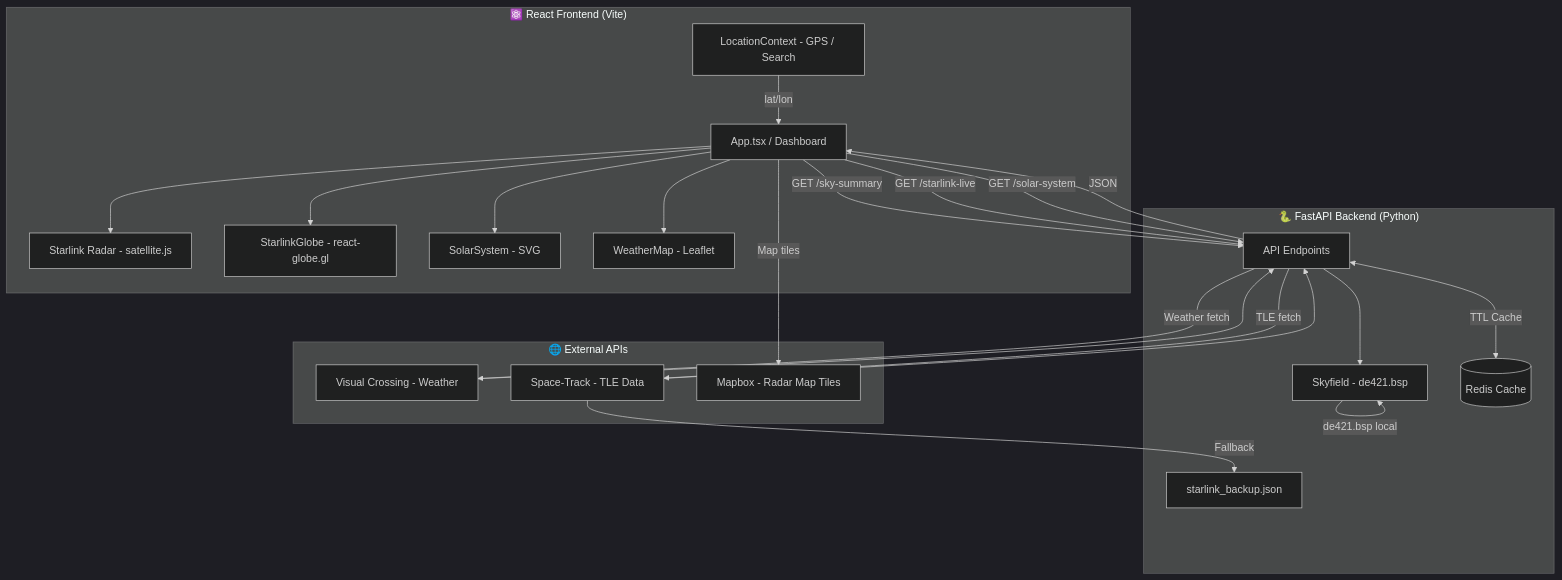
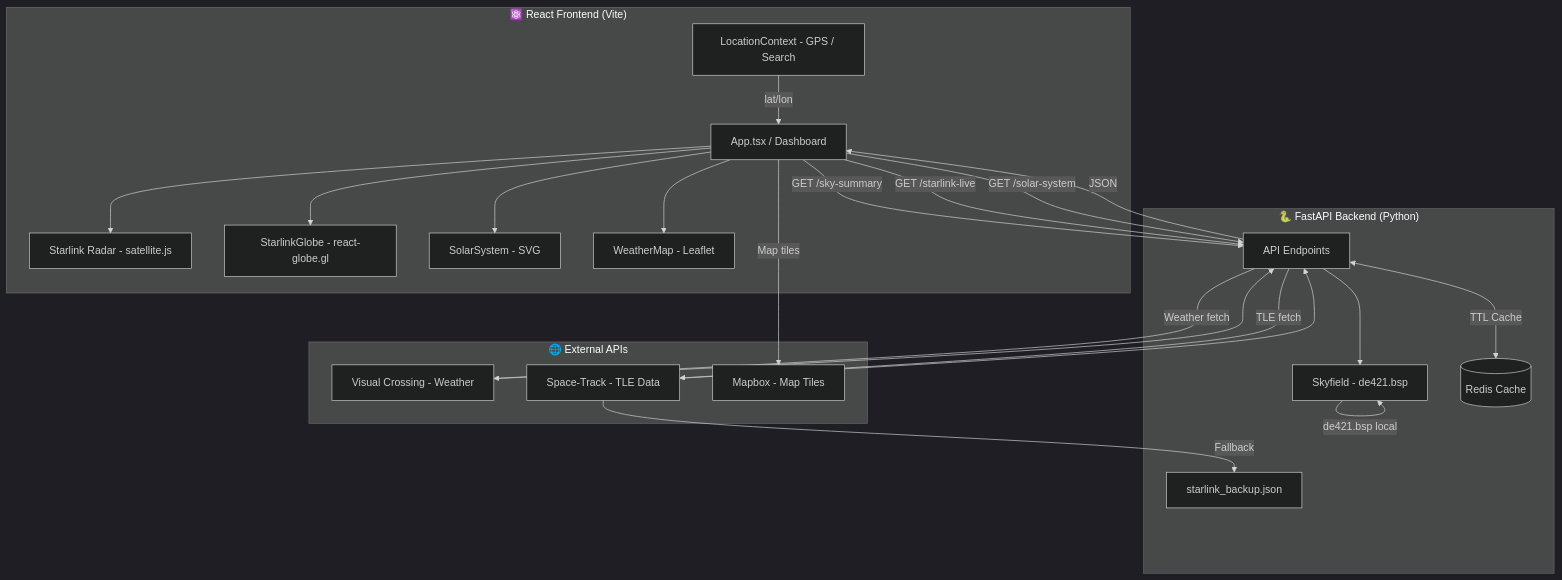
Before and after one commit to DavidBBrand/sky-watch: the first of 2 diagrams in README.md, drawn with Mermaid (dark theme). The commit also changed other lines of this file, not shown here.

````diff
--- a/README.md
+++ b/README.md
@@ -42,43 +93,43 @@
 ```mermaid
 graph TD
     subgraph Frontend ["⚛️ React Frontend (Vite)"]
         UI[App.tsx / Dashboard]
         LC[LocationContext - GPS / Search]
         Radar[Starlink Radar - satellite.js]
         Globe[StarlinkGlobe - react-globe.gl]
         Solar[SolarSystem - SVG]
         LeafletMap[WeatherMap - Leaflet]
     end
 
     subgraph Backend ["🐍 FastAPI Backend (Python)"]
         API[API Endpoints]
         SF[Skyfield - de421.bsp]
         Redis[(Redis Cache)]
         Backup[starlink_backup.json]
     end
 
     subgraph External ["🌐 External APIs"]
         VC[Visual Crossing - Weather]
         ST[Space-Track - TLE Data]
-        MB[Mapbox - Radar Map Tiles]
+        MB[Mapbox - Map Tiles]
     end
 
     LC -->|lat/lon| UI
     UI -->|GET /sky-summary| API
     UI -->|GET /starlink-live| API
     UI -->|GET /solar-system| API
     API <-->|TTL Cache| Redis
     API --> SF
     SF -->|de421.bsp local| SF
     API -->|Weather fetch| VC
     API -->|TLE fetch| ST
     ST -->|Fallback| Backup
     VC --> API
     ST --> API
     API -->|JSON| UI
     UI -->|Map tiles| MB
     UI --> Radar
     UI --> Globe
     UI --> Solar
     UI --> LeafletMap
 ```
````
